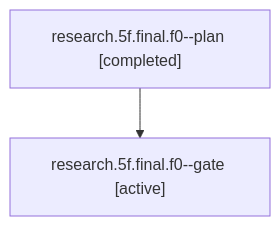
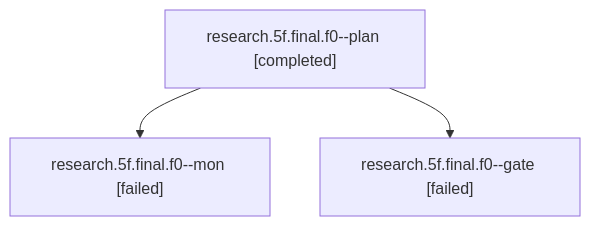
The diagram in sessions/bbugyi200.athena.research.5f.final.f0.md (sase-org/sase--agents), drawn with Mermaid before and after one commit. The commit also changed other lines of this file and 83 other files, not shown here.

````diff
--- a/sessions/bbugyi200.athena.research.5f.final.f0.md
+++ b/sessions/bbugyi200.athena.research.5f.final.f0.md
@@ -9,6 +9,8 @@
 ```mermaid
 flowchart TD
   n0["research.5f.final.f0--plan [completed]"]
-  n1["research.5f.final.f0--gate [active]"]
+  n1["research.5f.final.f0--mon [failed]"]
   n0 --> n1
+  n2["research.5f.final.f0--gate [failed]"]
+  n0 --> n2
 ```
````
